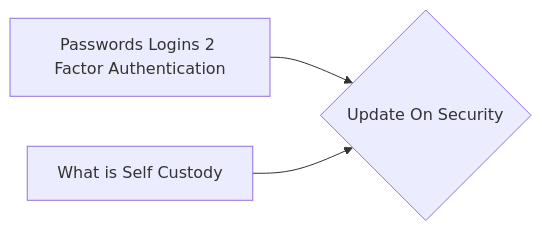
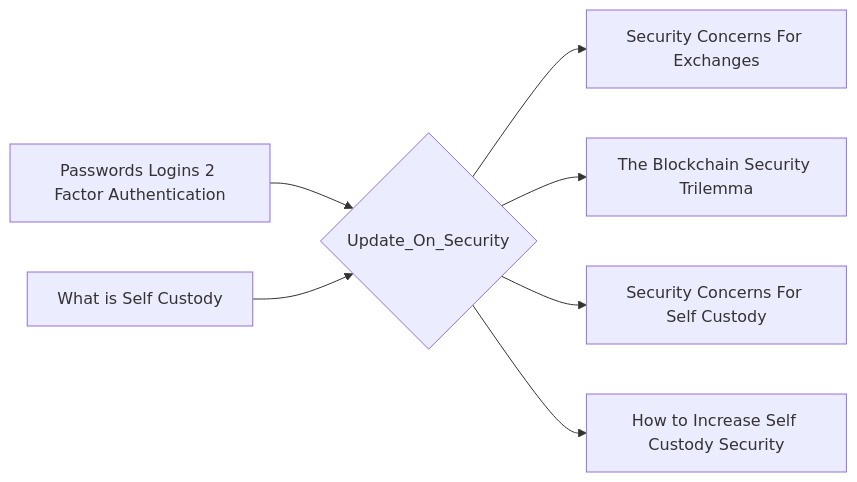
Before and after one commit to lpurdy01/crypto-knowledge-map: the diagram in notes/Update_On_Security.md, drawn with Mermaid. The commit also changed 161 other files, not shown here.

````diff
--- a/notes/Update_On_Security.md
+++ b/notes/Update_On_Security.md
@@ -9,5 +9,9 @@
 ```mermaid
 graph LR
-1["Passwords Logins 2 Factor Authentication"]-->0{"Update On Security"}
-2["What is Self Custody"]-->0{"Update On Security"}
+1["Passwords Logins 2 Factor Authentication"]-->0{"Update_On_Security"}
+2["What is Self Custody"]-->0{"Update_On_Security"}
+0{"Update_On_Security"}-->3["Security Concerns For Exchanges"]
+0{"Update_On_Security"}-->4["The Blockchain Security Trilemma"]
+0{"Update_On_Security"}-->5["Security Concerns For Self Custody"]
+0{"Update_On_Security"}-->6["How to Increase Self Custody Security"]
 ```
````
